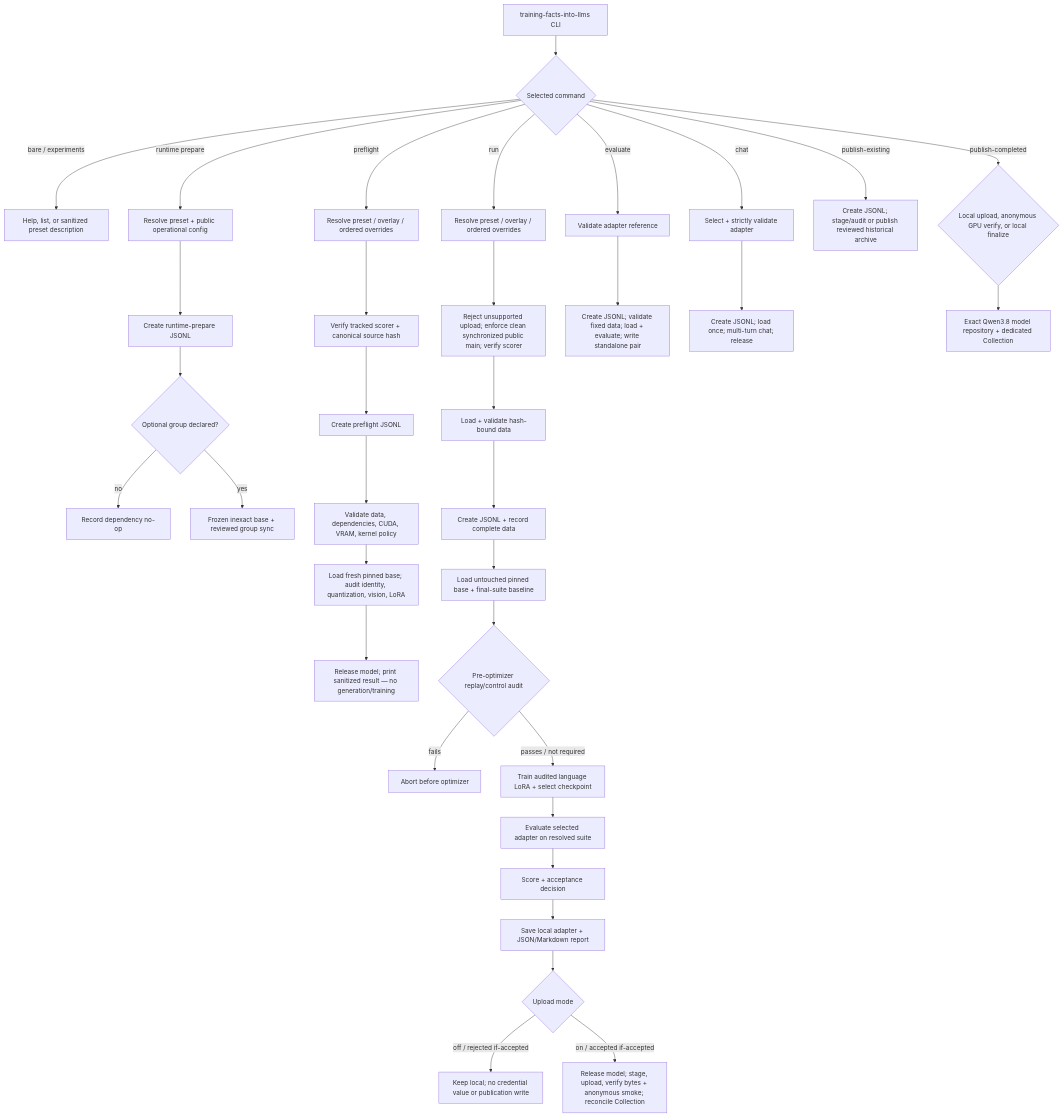
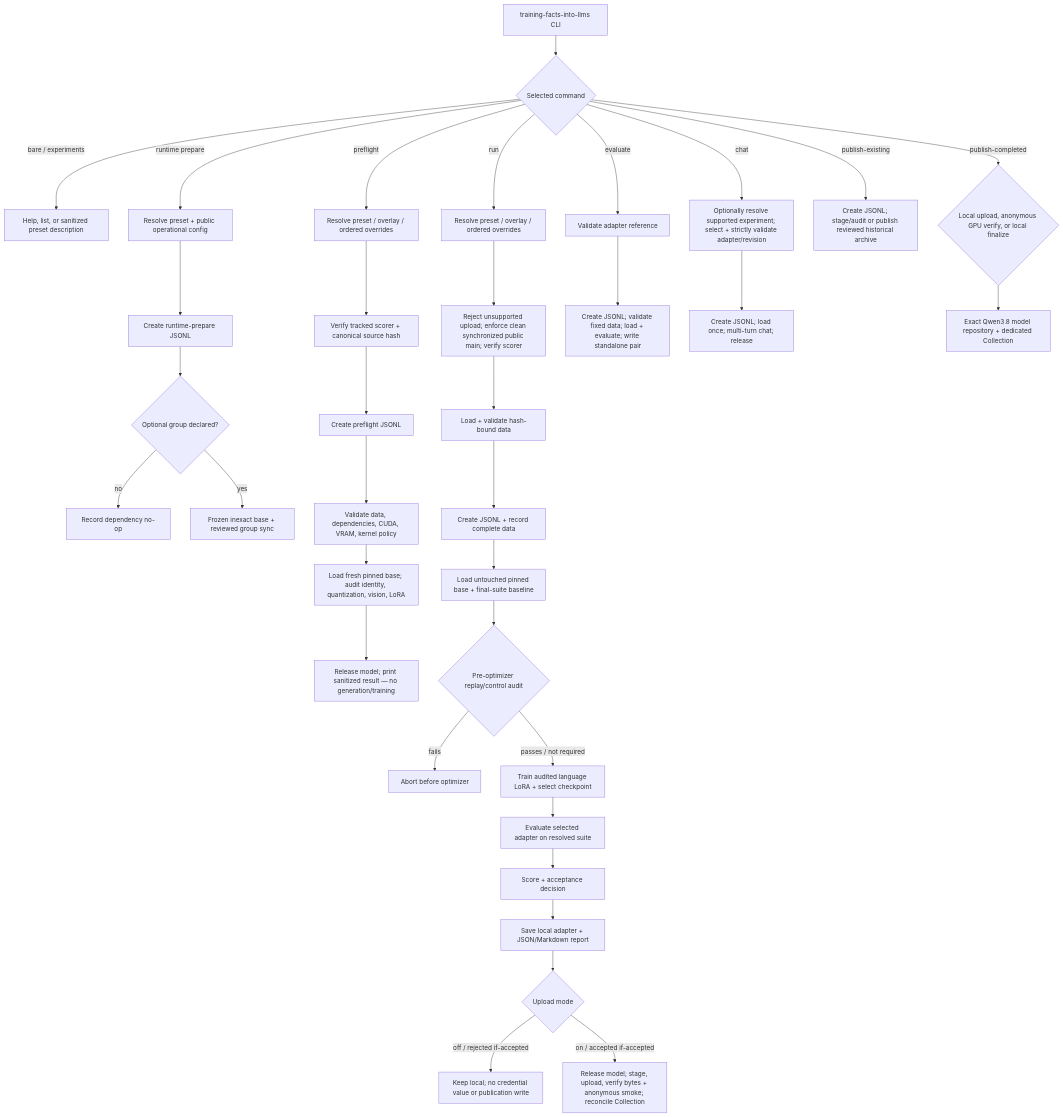
Before and after one commit to BurnyCoder/training-facts-into-llms: the diagram in README.md, drawn with Mermaid. The commit also changed other lines of this file and 3 other files, not shown here.

````diff
--- a/README.md
+++ b/README.md
@@ -99,40 +100,40 @@
 ```mermaid
 flowchart TD
     CLI["training-facts-into-llms CLI"] --> KIND{"Selected command"}
     KIND -->|"bare / experiments"| DISC["Help, list, or sanitized preset description"]
     KIND -->|"runtime prepare"| RCFG["Resolve preset + public operational config"]
     RCFG --> RLOG["Create runtime-prepare JSONL"]
     RLOG --> RSYNC{"Optional group declared?"}
     RSYNC -->|"no"| RNOOP["Record dependency no-op"]
     RSYNC -->|"yes"| UVSYNC["Frozen inexact base + reviewed group sync"]
 
     KIND -->|"preflight"| PCFG["Resolve preset / overlay / ordered overrides"]
     PCFG --> PPLUGIN["Verify tracked scorer + canonical source hash"]
     PPLUGIN --> PLOG["Create preflight JSONL"]
     PLOG --> PCHECK["Validate data, dependencies, CUDA, VRAM, kernel policy"]
     PCHECK --> PMODEL["Load fresh pinned base; audit identity, quantization, vision, LoRA"]
     PMODEL --> PRELEASE["Release model; print sanitized result — no generation/training"]
 
     KIND -->|"run"| CFG["Resolve preset / overlay / ordered overrides"]
     CFG --> GATE["Reject unsupported upload; enforce clean synchronized public main; verify scorer"]
     GATE --> DATA["Load + validate hash-bound data"]
     DATA --> RUNLOG["Create JSONL + record complete data"]
     RUNLOG --> BASE["Load untouched pinned base + final-suite baseline"]
     BASE --> AUDIT{"Pre-optimizer replay/control audit"}
     AUDIT -->|"fails"| ABORT["Abort before optimizer"]
     AUDIT -->|"passes / not required"| TRAIN["Train audited language LoRA + select checkpoint"]
     TRAIN --> TUNED["Evaluate selected adapter on resolved suite"]
     TUNED --> DECIDE["Score + acceptance decision"]
     DECIDE --> SAVE["Save local adapter + JSON/Markdown report"]
     SAVE --> MODE{"Upload mode"}
     MODE -->|"off / rejected if-accepted"| LOCAL["Keep local; no credential value or publication write"]
     MODE -->|"on / accepted if-accepted"| HUB["Release model; stage, upload, verify bytes + anonymous smoke; reconcile Collection"]
 
     KIND -->|"evaluate"| EREF["Validate adapter reference"]
     EREF --> ELOG["Create JSONL; validate fixed data; load + evaluate; write standalone pair"]
-    KIND -->|"chat"| CREF["Select + strictly validate adapter"]
+    KIND -->|"chat"| CREF["Optionally resolve supported experiment; select + strictly validate adapter/revision"]
     CREF --> CLOG["Create JSONL; load once; multi-turn chat; release"]
     KIND -->|"publish-existing"| HLOG["Create JSONL; stage/audit or publish reviewed historical archive"]
     KIND -->|"publish-completed"| Q38PUB{"Local upload, anonymous GPU verify, or local finalize"}
     Q38PUB --> Q38MODEL["Exact Qwen3.8 model repository + dedicated Collection"]
 ```
````
